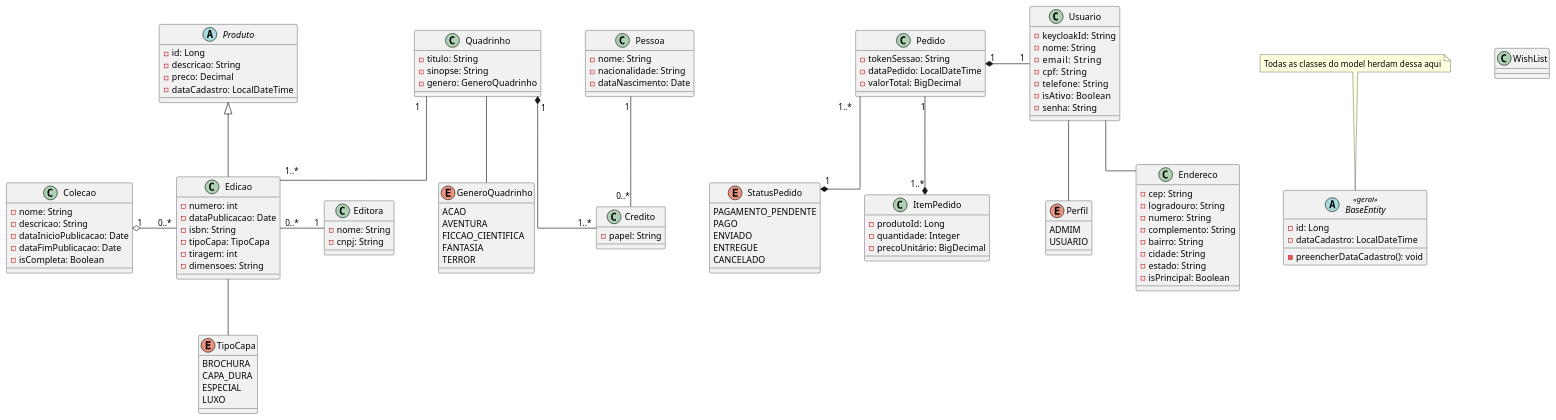
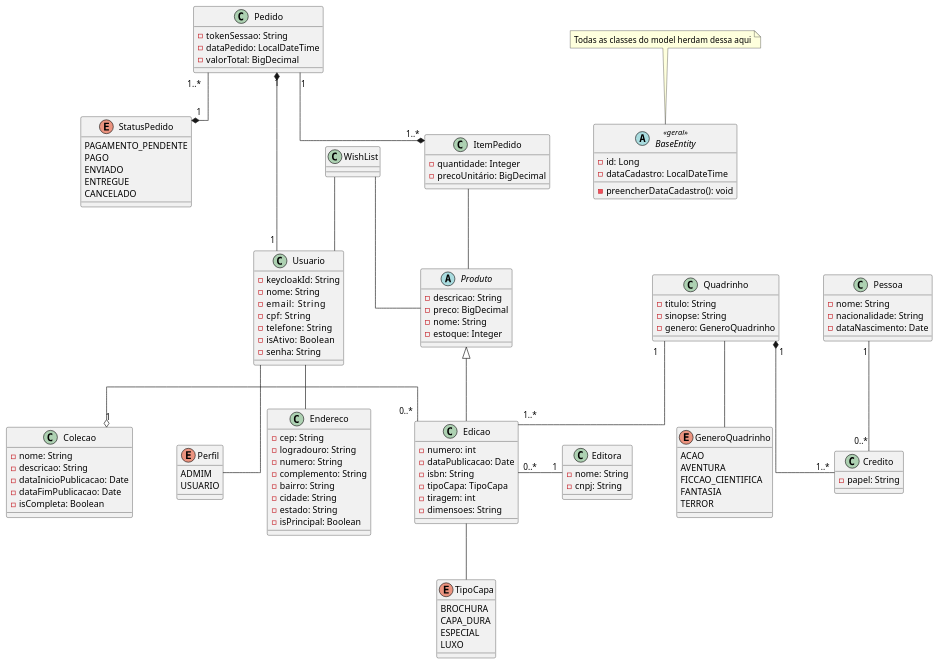
Before and after one commit to leonardo-Trex/kuasys: the diagram in classDiagram.plantuml, drawn with PlantUML.

Commit message:
raiz: Atualiza diagrama de classe
- Diagrama de classes aperfeiçoado

```diff
--- a/classDiagram.plantuml
+++ b/classDiagram.plantuml
@@ -1,164 +1,169 @@
 @startuml e-commerce
 
 skinparam nodesep 70
 skinparam ranksep 70
 skinparam linetype ortho
 
 ' =====================
 ' ENUMS
 ' =====================
 
 enum GeneroQuadrinho {
   ACAO
   AVENTURA
   FICCAO_CIENTIFICA
   FANTASIA
   TERROR
 }
 
 enum TipoCapa {
   BROCHURA
   CAPA_DURA
   ESPECIAL
   LUXO
 }
 
 enum StatusPedido {
     PAGAMENTO_PENDENTE
     PAGO
     ENVIADO
     ENTREGUE
     CANCELADO
 }
 
 enum Perfil {
     ADMIM
     USUARIO
 }
 
 ' =====================
 ' CLASSES
 ' =====================
 
-abstract class Produto {
-  - id: Long
-  - descricao: String
-  - preco: Decimal
-  - dataCadastro: LocalDateTime
-}
-
 abstract class BaseEntity << geral >>{
     - id: Long
     - dataCadastro: LocalDateTime
     - preencherDataCadastro(): void
 }
+
+abstract class Produto {
+  - descricao: String
+  - preco: BigDecimal
+  - nome: String
+  - estoque: Integer
+}
+
+
 
 class Usuario {
     - keycloakId: String
     - nome: String
     - email:    String
     - cpf:  String
     - telefone:  String
     - isAtivo:  Boolean
     - senha: String
 }
 
 class WishList {
 
 }
 
 class Pedido {
     - tokenSessao: String
     - dataPedido: LocalDateTime
     - valorTotal: BigDecimal
 }
 
 class ItemPedido {
-    - produtoId: Long
     - quantidade: Integer
     - precoUnitário: BigDecimal
 }
 
 class Endereco {
     - cep: String
     - logradouro: String
     - numero: String
     - complemento: String
     - bairro: String
     - cidade: String
     - estado: String
     - isPrincipal: Boolean
 }
 
 class Edicao {
   - numero: int
   - dataPublicacao: Date
   - isbn: String
   - tipoCapa: TipoCapa
   - tiragem: int
   - dimensoes: String
 }
 
 class Quadrinho {
   - titulo: String
   - sinopse: String
   - genero: GeneroQuadrinho
 }
 
 class Colecao {
   - nome: String
   - descricao: String
   - dataInicioPublicacao: Date
   - dataFimPublicacao: Date
 '  Esse cara aqui pode ser calculado, se dataFimPublicação == null
   - isCompleta: Boolean
 }
 
 class Editora {
   - nome: String
   - cnpj: String
 }
 
 class Pessoa {
   - nome: String
   - nacionalidade: String
   - dataNascimento: Date
 }
 
 class Credito {
   - papel: String
 }
 
 ' =====================
 ' RELACIONAMENTOS
 ' =====================
 
 Produto <|-- Edicao
 
 Quadrinho "1" -down- "1..*" Edicao
 Quadrinho "1" *-- "1..*" Credito
 Pessoa "1" -- "0..*" Credito
 
 Editora "1" -left- "0..*" Edicao
 
 Colecao "1" o-right- "0..*" Edicao
 
 Pedido "1" --* "1..*" ItemPedido
 Pedido "1..*" --* "1" StatusPedido
 Pedido "1" *-right- "1" Usuario
 
 Usuario -- Endereco
 Usuario -- Perfil
 
 Edicao -- TipoCapa
 Quadrinho -- GeneroQuadrinho
 
+ItemPedido -- Produto
+WishList -- Usuario
+WishList -- Produto
+
 ' ======================
 '         NOTAS
 ' ======================
 
 note "Todas as classes do model herdam dessa aqui" as N1
 
 N1 .. BaseEntity
 
 @enduml
```
